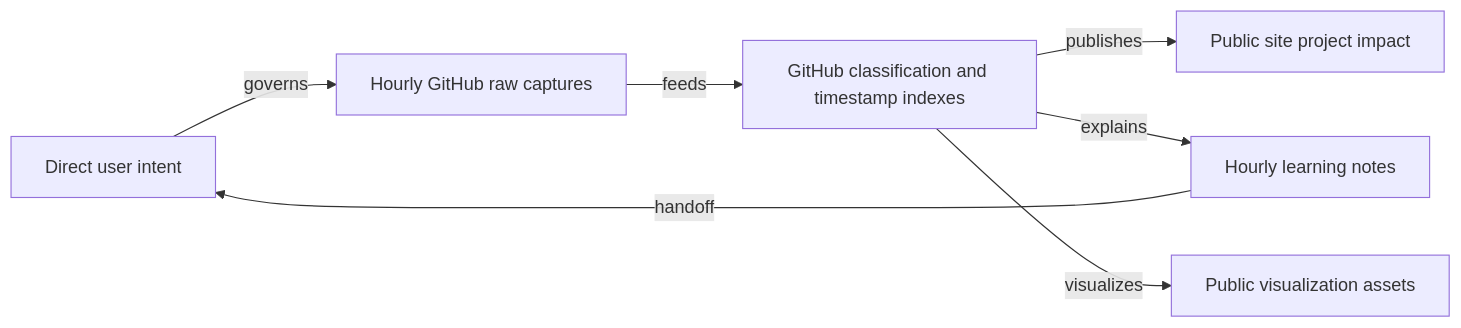
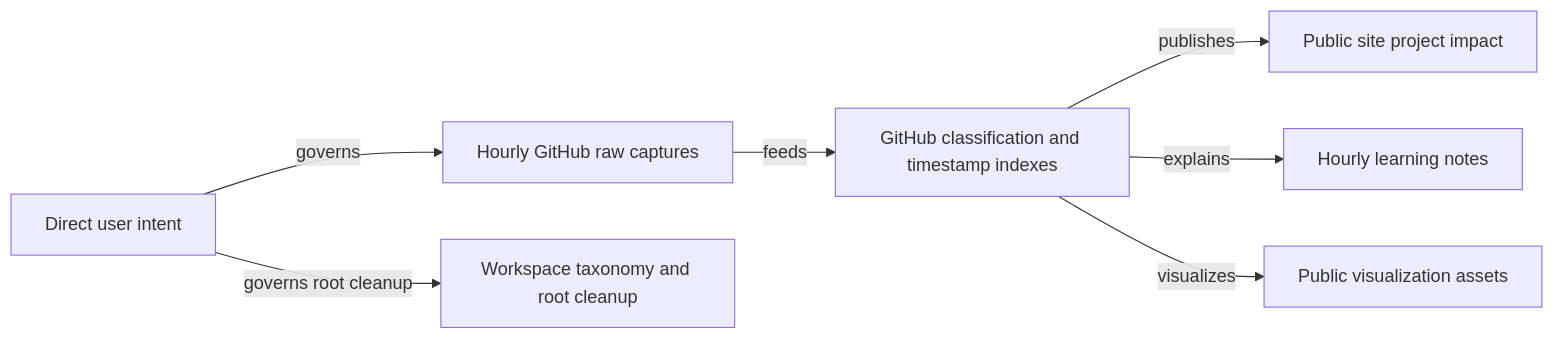
One commit to Shiyao-Huang/awesome-agent-evolution changed the diagram in .mermaid/current/graph.mmd. Above: the diagram before and after it, drawn with Mermaid. The commit also changed 102 other files, not shown here.

```diff
--- a/.mermaid/current/graph.mmd
+++ b/.mermaid/current/graph.mmd
@@ -1,13 +1,14 @@
 flowchart LR
   intent_direct_user_input["Direct user intent"]
   raw_github_hourly_captures["Hourly GitHub raw captures"]
   processed_github_classification["GitHub classification and timestamp indexes"]
   work_learning_notes["Hourly learning notes"]
   results_public_site["Public site project impact"]
   results_public_visualizations["Public visualization assets"]
+  ops_workspace_taxonomy["Workspace taxonomy and root cleanup"]
   intent_direct_user_input -->|governs| raw_github_hourly_captures
   raw_github_hourly_captures -->|feeds| processed_github_classification
   processed_github_classification -->|publishes| results_public_site
   processed_github_classification -->|explains| work_learning_notes
-  work_learning_notes -->|handoff| intent_direct_user_input
   processed_github_classification -->|visualizes| results_public_visualizations
+  intent_direct_user_input -->|governs root cleanup| ops_workspace_taxonomy
```
